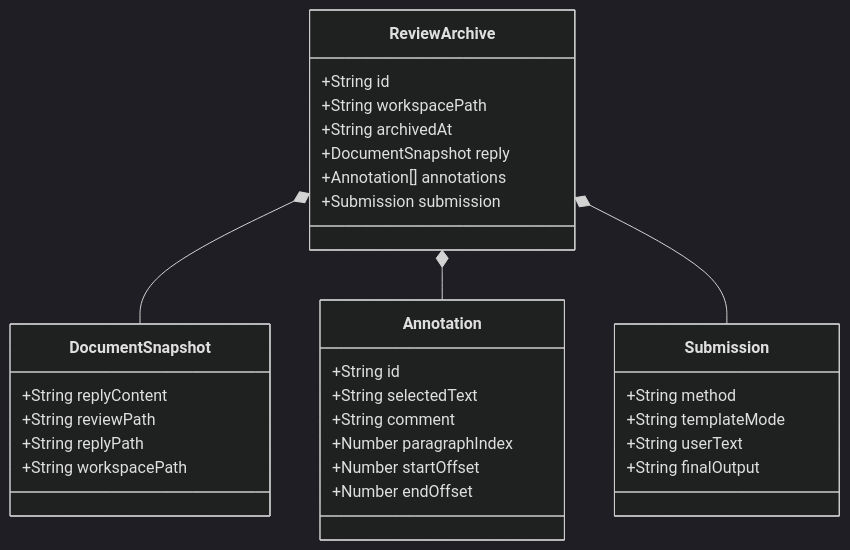
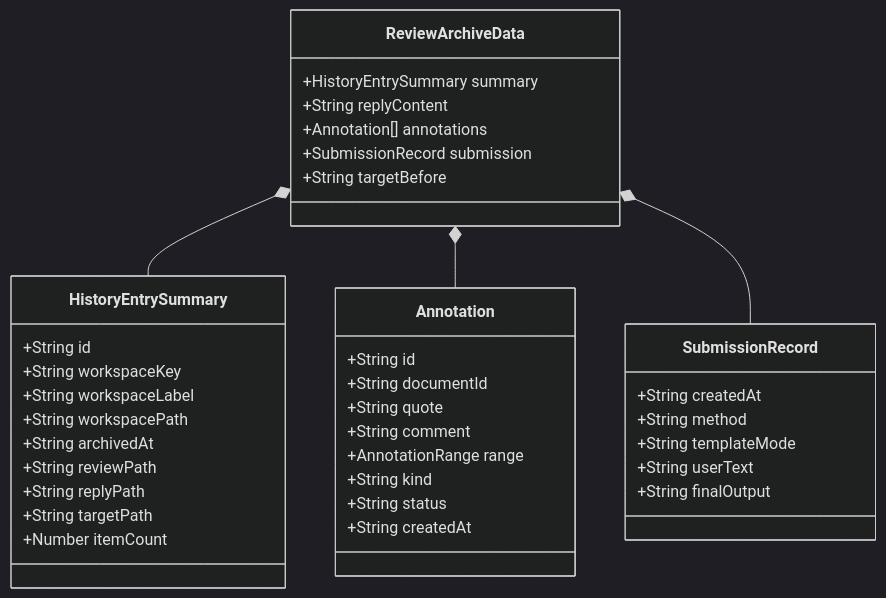
One commit to BobDLA/cliv changed diagram 14 of 22 in docs/demo/demo.md. Above: the diagram before and after it, drawn with Mermaid (dark theme). The commit also changed other lines of this file and 44 other files, not shown here.

````diff
--- a/docs/demo/demo.md
+++ b/docs/demo/demo.md
@@ -775,38 +846,45 @@
 ```mermaid
 classDiagram
-    class ReviewArchive {
+    class ReviewArchiveData {
+        +HistoryEntrySummary summary
+        +String replyContent
+        +Annotation[] annotations
+        +SubmissionRecord submission
+        +String targetBefore
+    }
+
+    class HistoryEntrySummary {
         +String id
+        +String workspaceKey
+        +String workspaceLabel
         +String workspacePath
         +String archivedAt
-        +DocumentSnapshot reply
-        +Annotation[] annotations
-        +Submission submission
-    }
-
-    class DocumentSnapshot {
-        +String replyContent
         +String reviewPath
         +String replyPath
-        +String workspacePath
+        +String targetPath
+        +Number itemCount
     }
 
     class Annotation {
         +String id
-        +String selectedText
+        +String documentId
+        +String quote
         +String comment
-        +Number paragraphIndex
-        +Number startOffset
-        +Number endOffset
+        +AnnotationRange range
+        +String kind
+        +String status
+        +String createdAt
     }
 
-    class Submission {
+    class SubmissionRecord {
+        +String createdAt
         +String method
         +String templateMode
         +String userText
         +String finalOutput
     }
 
-    ReviewArchive *-- DocumentSnapshot
-    ReviewArchive *-- Annotation
-    ReviewArchive *-- Submission
+    ReviewArchiveData *-- HistoryEntrySummary
+    ReviewArchiveData *-- Annotation
+    ReviewArchiveData *-- SubmissionRecord
 ```
````
